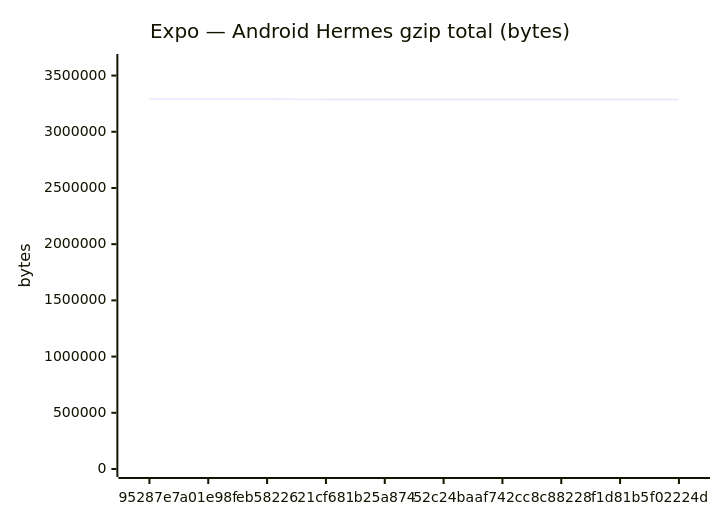
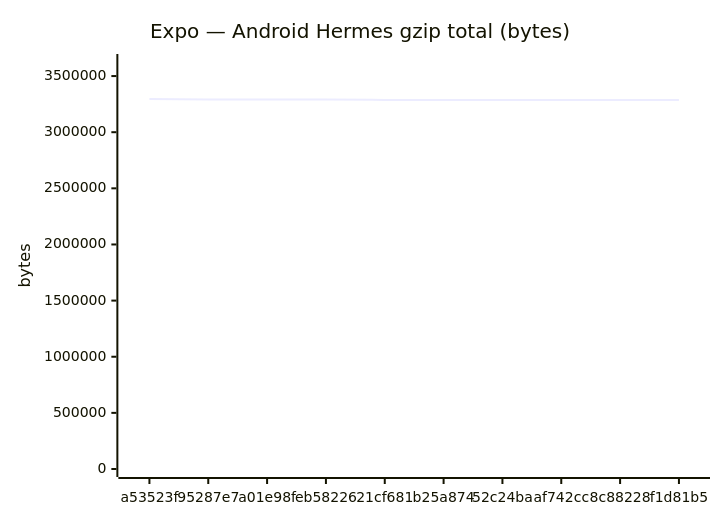
One commit to Metaheurist/Rianell changed the fifth of 18 diagrams in benchmarks/compare.md. Above: the diagram before and after it, drawn with Mermaid. The commit also changed other lines of this file and 11 other files, not shown here.

````diff
--- a/benchmarks/compare.md
+++ b/benchmarks/compare.md
@@ -89,7 +89,7 @@
 ```mermaid
 xychart-beta
     title "Expo — Android Hermes gzip total (bytes)"
-    x-axis ["95287e7", "a01e98f", "eb58226", "21cf681", "b25a874", "52c24ba", "af742cc", "8c88228", "f1d81b5", "f02224d"]
-    y-axis "bytes" 0 --> 3620611
-    line [3291461, 3291455, 3291464, 3287427, 3287424, 3287423, 3287424, 3287869, 3287424, 3287426]
+    x-axis ["a53523f", "95287e7", "a01e98f", "eb58226", "21cf681", "b25a874", "52c24ba", "af742cc", "8c88228", "f1d81b5"]
+    y-axis "bytes" 0 --> 3625333
+    line [3295757, 3291461, 3291455, 3291464, 3287427, 3287424, 3287423, 3287424, 3287869, 3287424]
 ```
````
